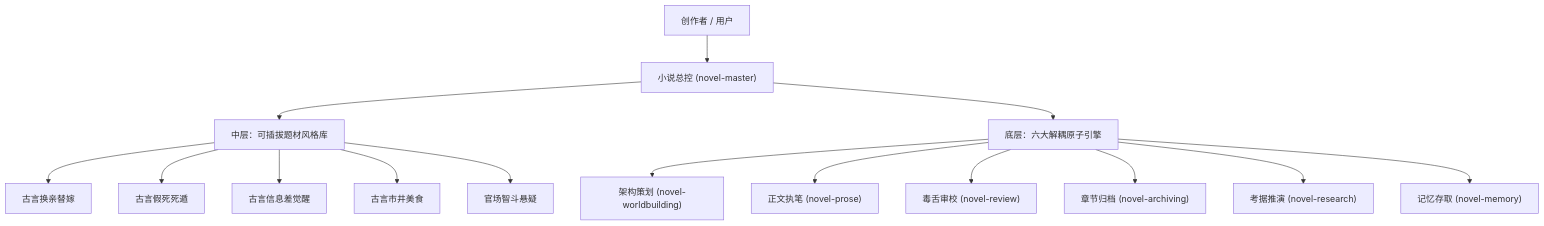
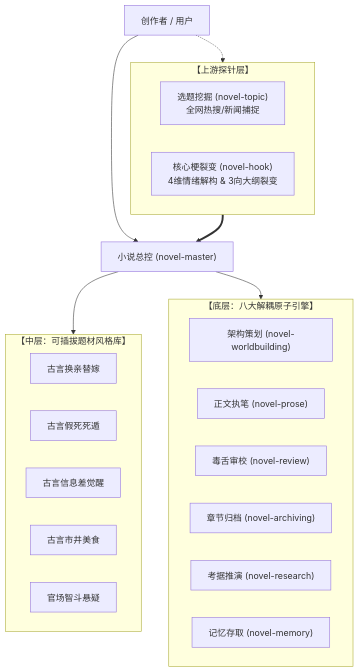
The diagram in README.md (Sun-tech2020/novel-master), drawn with Mermaid before and after one commit. The commit also changed other lines of this file and 7 other files, not shown here.

Commit message:
feat: add novel-topic and novel-hook engines, decouple short vs long form workflows (v3.2)

````diff
--- a/README.md
+++ b/README.md
@@ -9,17 +9,30 @@
 ```mermaid
 flowchart TD
     User["创作者 / 用户"] --> Master["小说总控 (novel-master)"]
-    Master --> Presets["中层：可插拔题材风格库"]
-    Presets --> F1["古言换亲替嫁"]
-    Presets --> F2["古言假死死遁"]
-    Presets --> F3["古言信息差觉醒"]
-    Presets --> F4["古言市井美食"]
-    Presets --> F5["官场智斗悬疑"]
-    Master --> Engines["底层：六大解耦原子引擎"]
-    Engines --> E1["架构策划 (novel-worldbuilding)"]
-    Engines --> E2["正文执笔 (novel-prose)"]
-    Engines --> E3["毒舌审校 (novel-review)"]
-    Engines --> E4["章节归档 (novel-archiving)"]
-    Engines --> E5["考据推演 (novel-research)"]
-    Engines --> E6["记忆存取 (novel-memory)"]
+    
+    subgraph Upstream["【上游探针层】"]
+        T1["选题挖掘 (novel-topic)<br>全网热搜/新闻捕捉"]
+        T2["核心梗裂变 (novel-hook)<br>4维情绪解构 & 3向大纲裂变"]
+    end
+    
+    subgraph Presets["【中层：可插拔题材风格库】"]
+        F1["古言换亲替嫁"]
+        F2["古言假死死遁"]
+        F3["古言信息差觉醒"]
+        F4["古言市井美食"]
+        F5["官场智斗悬疑"]
+    end
+    
+    subgraph Engines["【底层：八大解耦原子引擎】"]
+        E1["架构策划 (novel-worldbuilding)"]
+        E2["正文执笔 (novel-prose)"]
+        E3["毒舌审校 (novel-review)"]
+        E4["章节归档 (novel-archiving)"]
+        E5["考据推演 (novel-research)"]
+        E6["记忆存取 (novel-memory)"]
+    end
+
+    User -.-> Upstream ==> Master
+    Master --> Presets
+    Master --> Engines
 ```
````
